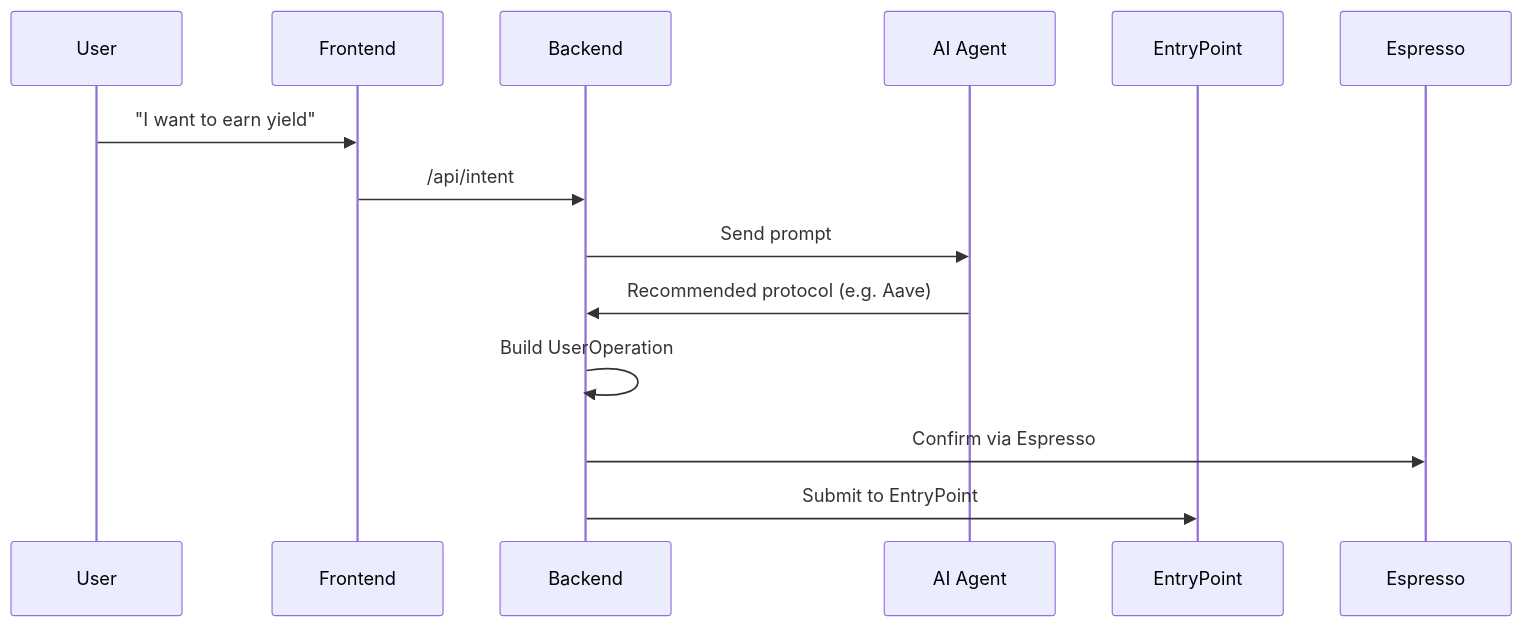
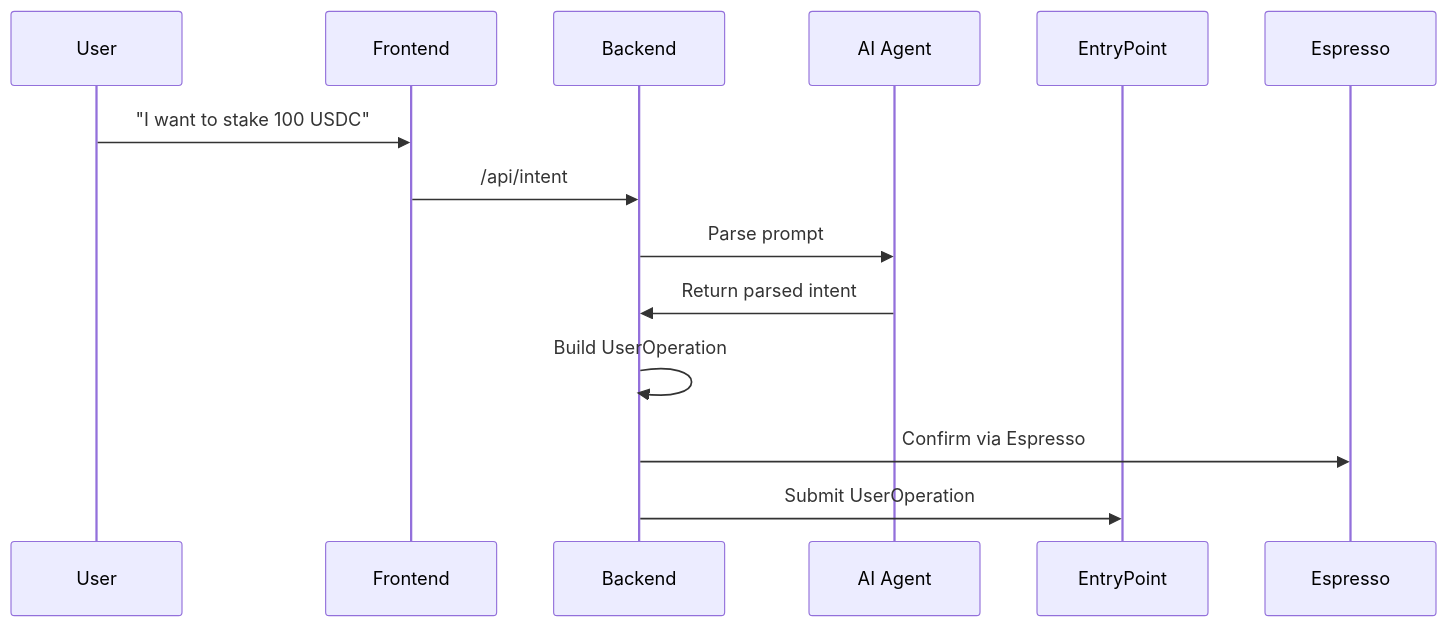
Before and after one commit to samarabdelhameed/SafeYield-AI-Wallet: the diagram in backend/README.md, drawn with Mermaid. The commit also changed other lines of this file and 6 other files, not shown here.

````diff
--- a/backend/README.md
+++ b/backend/README.md
@@ -61,17 +131,17 @@
 ```mermaid
 sequenceDiagram
     participant U as User
     participant FE as Frontend
     participant BE as Backend
     participant AI as AI Agent
     participant EP as EntryPoint
     participant ESP as Espresso
 
-    U->>FE: "I want to earn yield"
+    U->>FE: "I want to stake 100 USDC"
     FE->>BE: /api/intent
-    BE->>AI: Send prompt
-    AI->>BE: Recommended protocol (e.g. Aave)
+    BE->>AI: Parse prompt
+    AI->>BE: Return parsed intent
     BE->>BE: Build UserOperation
     BE->>ESP: Confirm via Espresso
-    BE->>EP: Submit to EntryPoint
+    BE->>EP: Submit UserOperation
 ```
````
